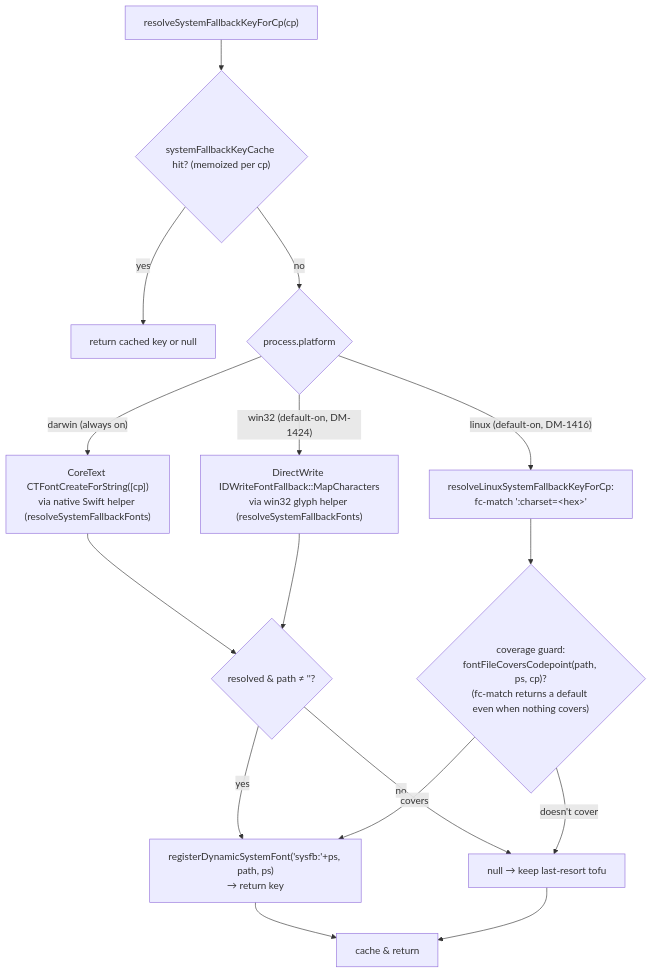
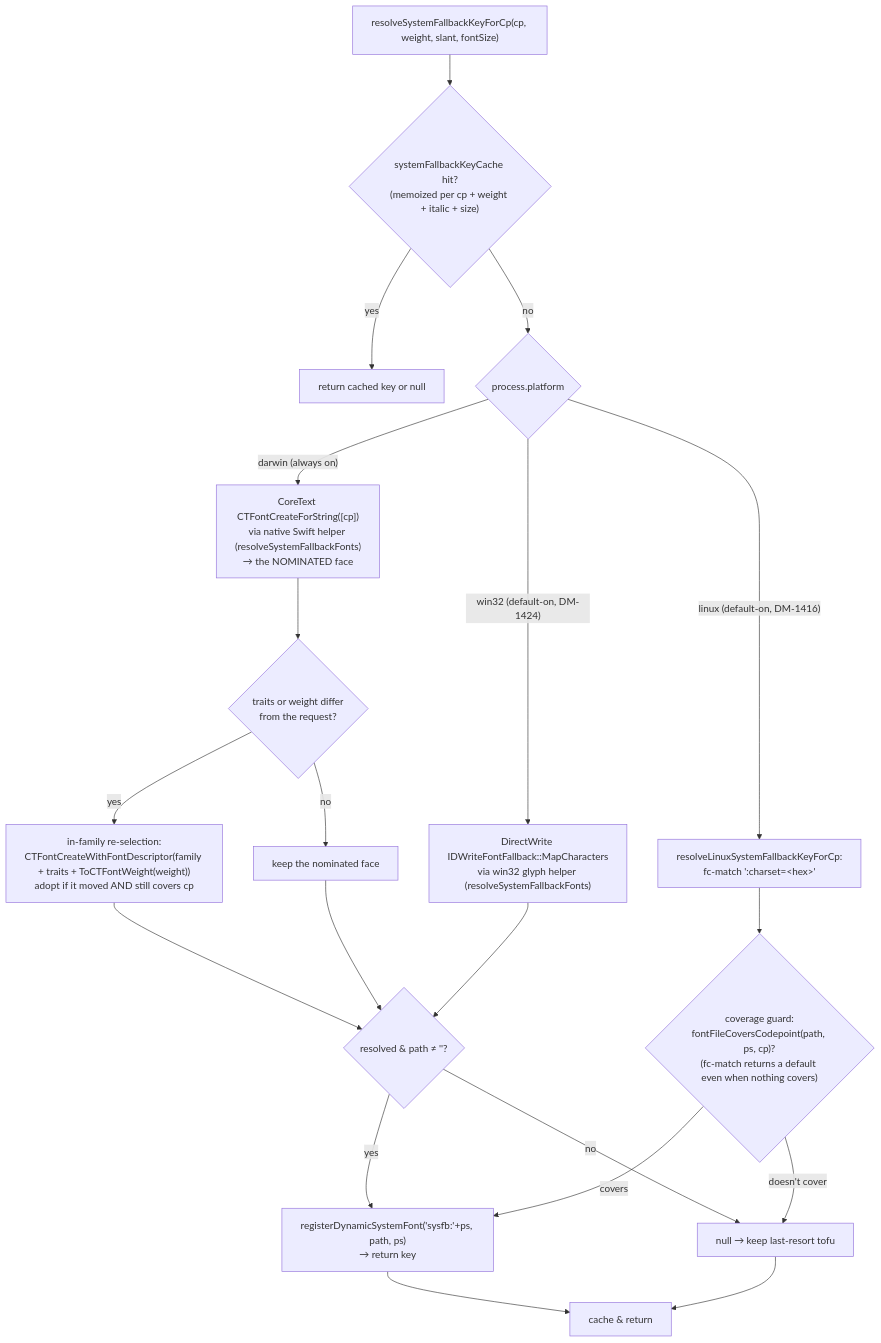
The ninth of 10 diagrams in docs/font-resolution-diagram.md (brianwestphal/domotion), drawn with Mermaid before and after one commit. The commit also changed other lines of this file and 7 other files, not shown here.

````diff
--- a/docs/font-resolution-diagram.md
+++ b/docs/font-resolution-diagram.md
@@ -602,18 +602,22 @@
 ```mermaid
 flowchart TD
-  SR0["resolveSystemFallbackKeyForCp(cp)"] --> SR1{"systemFallbackKeyCache hit? (memoized per cp)"}
+  SR0["resolveSystemFallbackKeyForCp(cp, weight, slant, fontSize)"] --> SR1{"systemFallbackKeyCache hit?<br/>(memoized per cp + weight + italic + size)"}
   SR1 -->|"yes"| SRC["return cached key or null"]
   SR1 -->|"no"| SR2{"process.platform"}
-  SR2 -->|"darwin (always on)"| SRD["CoreText CTFontCreateForString([cp])<br/>via native Swift helper (resolveSystemFallbackFonts)"]
+  SR2 -->|"darwin (always on)"| SRD0["CoreText CTFontCreateForString([cp])<br/>via native Swift helper (resolveSystemFallbackFonts)<br/>→ the NOMINATED face"]
+  SRD0 --> SRD{"traits or weight differ<br/>from the request?"}
+  SRD -->|"yes"| SRD1["in-family re-selection:<br/>CTFontCreateWithFontDescriptor(family + traits + ToCTFontWeight(weight))<br/>adopt if it moved AND still covers cp"]
+  SRD -->|"no"| SRDN["keep the nominated face"]
   SR2 -->|"linux (default-on, DM-1416)"| SRL["resolveLinuxSystemFallbackKeyForCp:<br/>fc-match ':charset=&lt;hex&gt;'"]
   SR2 -->|"win32 (default-on, DM-1424)"| SRW["DirectWrite IDWriteFontFallback::MapCharacters<br/>via win32 glyph helper (resolveSystemFallbackFonts)"]
-  SRD --> SRG{"resolved & path ≠ ''?"}
+  SRD1 --> SRG{"resolved & path ≠ ''?"}
+  SRDN --> SRG
   SRL --> SRLG{"coverage guard:<br/>fontFileCoversCodepoint(path, ps, cp)?<br/>(fc-match returns a default even when nothing covers)"}
   SRW --> SRG
   SRG -->|"yes"| SRR["registerDynamicSystemFont('sysfb:'+ps, path, ps)<br/>→ return key"]
   SRG -->|"no"| SRNull["null → keep last-resort tofu"]
   SRLG -->|"covers"| SRR
   SRLG -->|"doesn't cover"| SRNull
   SRR --> SRcache["cache & return"]
   SRNull --> SRcache
 ```
````
